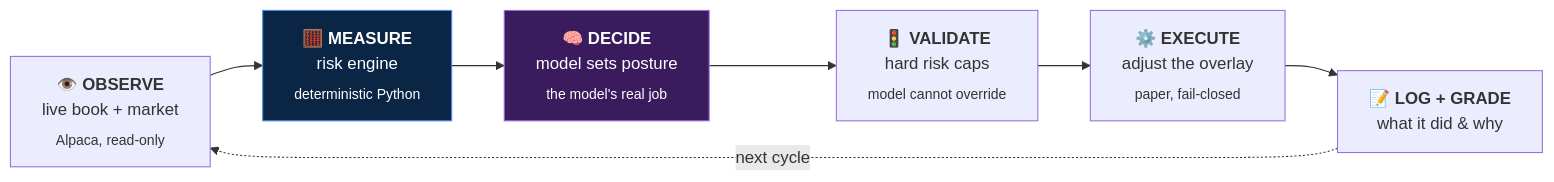
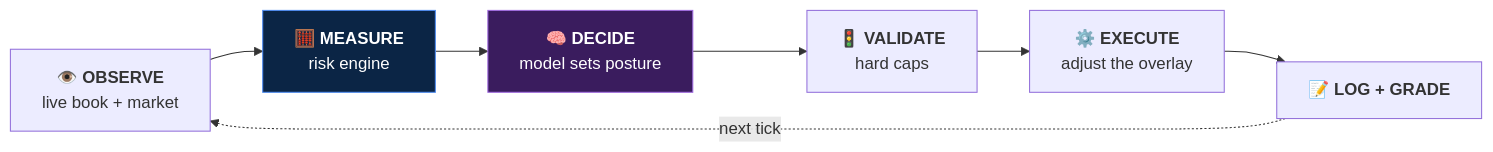
Before and after one commit to chiragshah2357/Alpaca-Trading-Hackathon-Final: the second of 6 diagrams in README.md, drawn with Mermaid. The commit also changed other lines of this file and 29 other files, not shown here.

````diff
--- a/README.md
+++ b/README.md
@@ -135,13 +73,13 @@
 ```mermaid
 flowchart LR
-    O["👁️ <b>OBSERVE</b><br/>live book + market<br/><sub>Alpaca, read-only</sub>"]
-    M["🧮 <b>MEASURE</b><br/>risk engine<br/><sub>deterministic Python</sub>"]
-    D["🧠 <b>DECIDE</b><br/>model sets posture<br/><sub>the model's real job</sub>"]
-    V["🚦 <b>VALIDATE</b><br/>hard risk caps<br/><sub>model cannot override</sub>"]
-    X["⚙️ <b>EXECUTE</b><br/>adjust the overlay<br/><sub>paper, fail-closed</sub>"]
-    L["📝 <b>LOG + GRADE</b><br/>what it did & why"]
+    O["👁️ <b>OBSERVE</b><br/>live book + market"]
+    M["🧮 <b>MEASURE</b><br/>risk engine"]
+    D["🧠 <b>DECIDE</b><br/>model sets posture"]
+    V["🚦 <b>VALIDATE</b><br/>hard caps"]
+    X["⚙️ <b>EXECUTE</b><br/>adjust the overlay"]
+    L["📝 <b>LOG + GRADE</b>"]
     O --> M --> D --> V --> X --> L
-    L -.->|next cycle| O
+    L -.->|next tick| O
     style D fill:#3a1c5e,stroke:#a06be0,color:#fff
     style M fill:#0b2545,stroke:#4d8bf0,color:#fff
 ```
````
